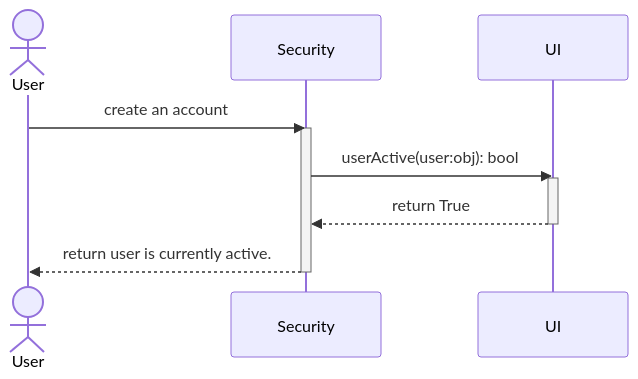
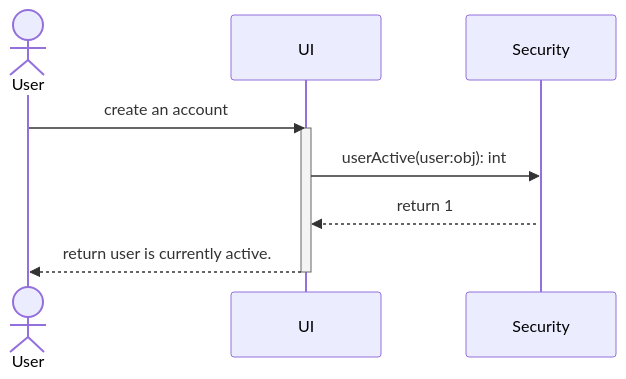
One commit to JosephArmas/cecs-491A-Team-Big-Data changed the diagram in milestone 2/low level design/registration/failures/v3/account/account_active_authenticated_session.md. Above: the diagram before and after it, drawn with Mermaid. The commit also changed 8 other files, not shown here.

````diff
--- a/milestone 2/low level design/registration/failures/v3/account/account_active_authenticated_session.md
+++ b/milestone 2/low level design/registration/failures/v3/account/account_active_authenticated_session.md
@@ -2,12 +2,11 @@
 ```mermaid
 sequenceDiagram
     actor User
-    User ->> Security: create an account 
+    User ->> UI: create an account 
+    activate UI
+    UI ->> Security: userActive(user:obj): int
     activate Security
-    Security ->> UI: userActive(user:obj): bool
-    activate UI 
-    UI -->> Security: return True 
-    deactivate UI
-    Security -->> User: return user is currently active.
-    deactivate Security
+    Security -->> UI: return 1 
+    UI -->> User: return user is currently active.
+    deactivate UI 
 ```
````
